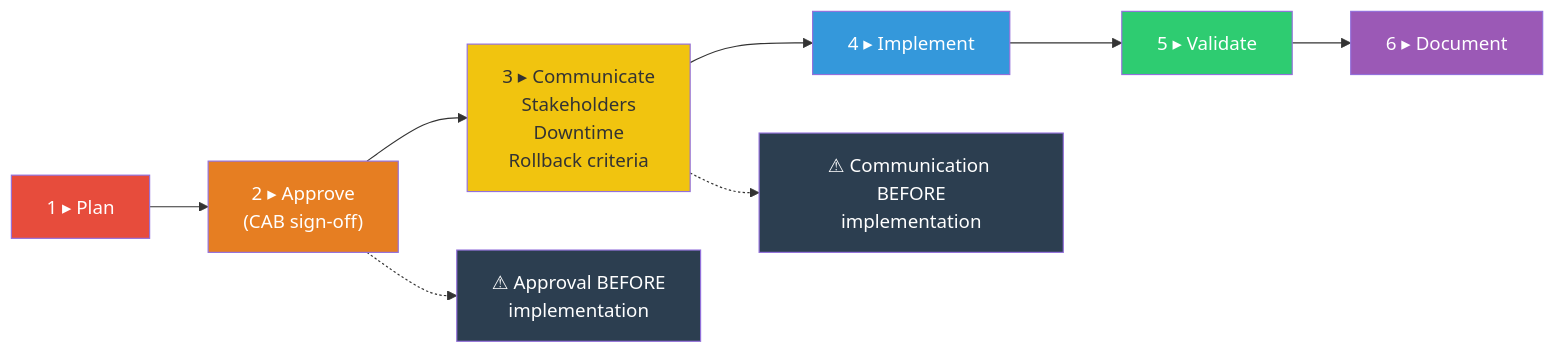
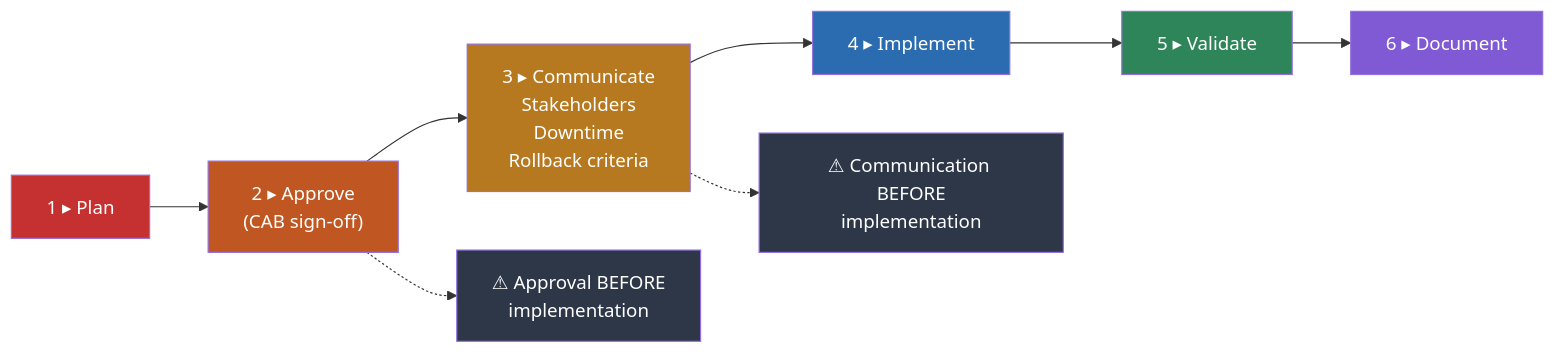
One commit to George-API/CompTIA_DataSys_Study_Guide changed diagram 19 of 39 in 07-Visual-Study-Diagrams.md. Above: the diagram before and after it, drawn with Mermaid. The commit also changed other lines of this file, not shown here.

Commit message:
Improvements to visual study mermaid diagrams

````diff
--- a/07-Visual-Study-Diagrams.md
+++ b/07-Visual-Study-Diagrams.md
@@ -453,25 +453,25 @@
 ```mermaid
 flowchart LR
     CM1["1 ▸ Plan"]
-    CM2["2 ▸ Approve\n(CAB sign-off)"]
-    CM3["3 ▸ Communicate\nStakeholders\nDowntime\nRollback criteria"]
+    CM2["2 ▸ Approve<br/>(CAB sign-off)"]
+    CM3["3 ▸ Communicate<br/>Stakeholders<br/>Downtime<br/>Rollback criteria"]
     CM4["4 ▸ Implement"]
     CM5["5 ▸ Validate"]
     CM6["6 ▸ Document"]
 
     CM1 --> CM2 --> CM3 --> CM4 --> CM5 --> CM6
 
-    NOTE1["⚠ Approval BEFORE\nimplementation"]
-    NOTE2["⚠ Communication BEFORE\nimplementation"]
+    NOTE1["⚠ Approval BEFORE<br/>implementation"]
+    NOTE2["⚠ Communication BEFORE<br/>implementation"]
     CM2 -.-> NOTE1
     CM3 -.-> NOTE2
 
-    style CM1 fill:#e74c3c,color:#fff
-    style CM2 fill:#e67e22,color:#fff
-    style CM3 fill:#f1c40f,color:#333
-    style CM4 fill:#3498db,color:#fff
-    style CM5 fill:#2ecc71,color:#fff
-    style CM6 fill:#9b59b6,color:#fff
-    style NOTE1 fill:#2c3e50,color:#fff
-    style NOTE2 fill:#2c3e50,color:#fff
+    style CM1 fill:#C53030,color:#fff
+    style CM2 fill:#C05621,color:#fff
+    style CM3 fill:#B7791F,color:#fff
+    style CM4 fill:#2B6CB0,color:#fff
+    style CM5 fill:#2F855A,color:#fff
+    style CM6 fill:#805AD5,color:#fff
+    style NOTE1 fill:#2D3748,color:#fff
+    style NOTE2 fill:#2D3748,color:#fff
 ```
````
